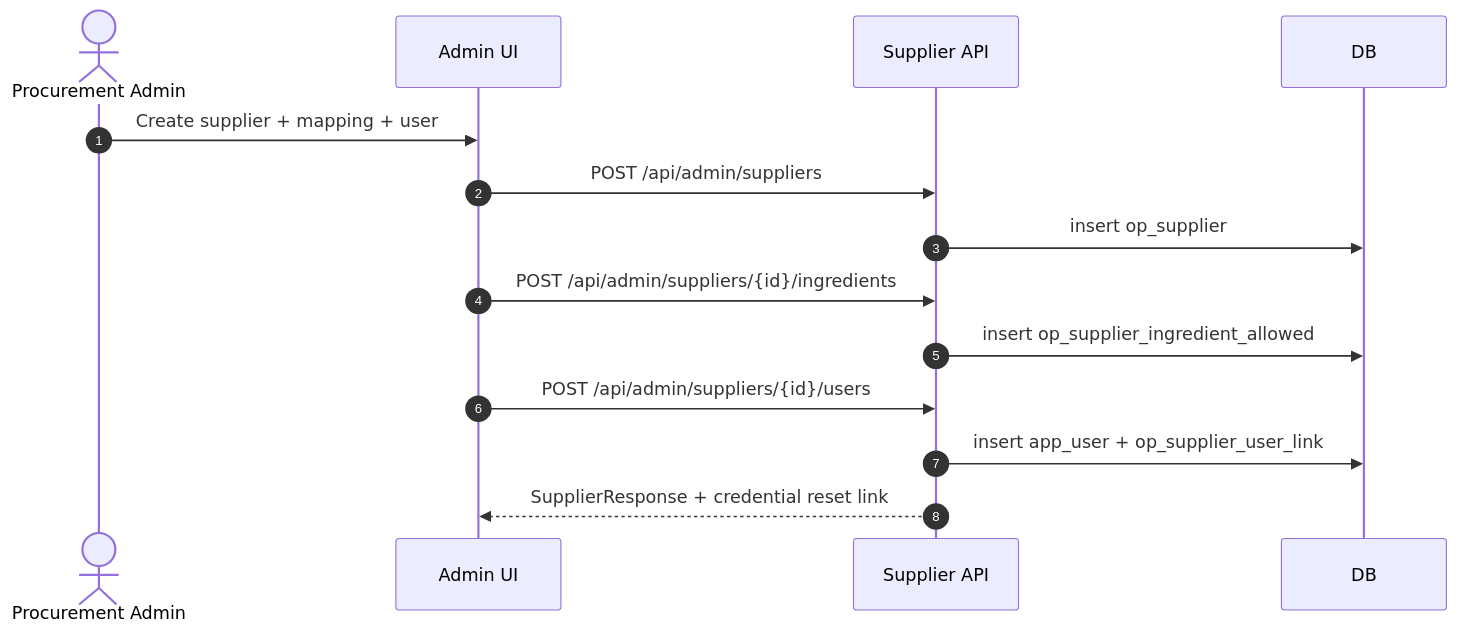
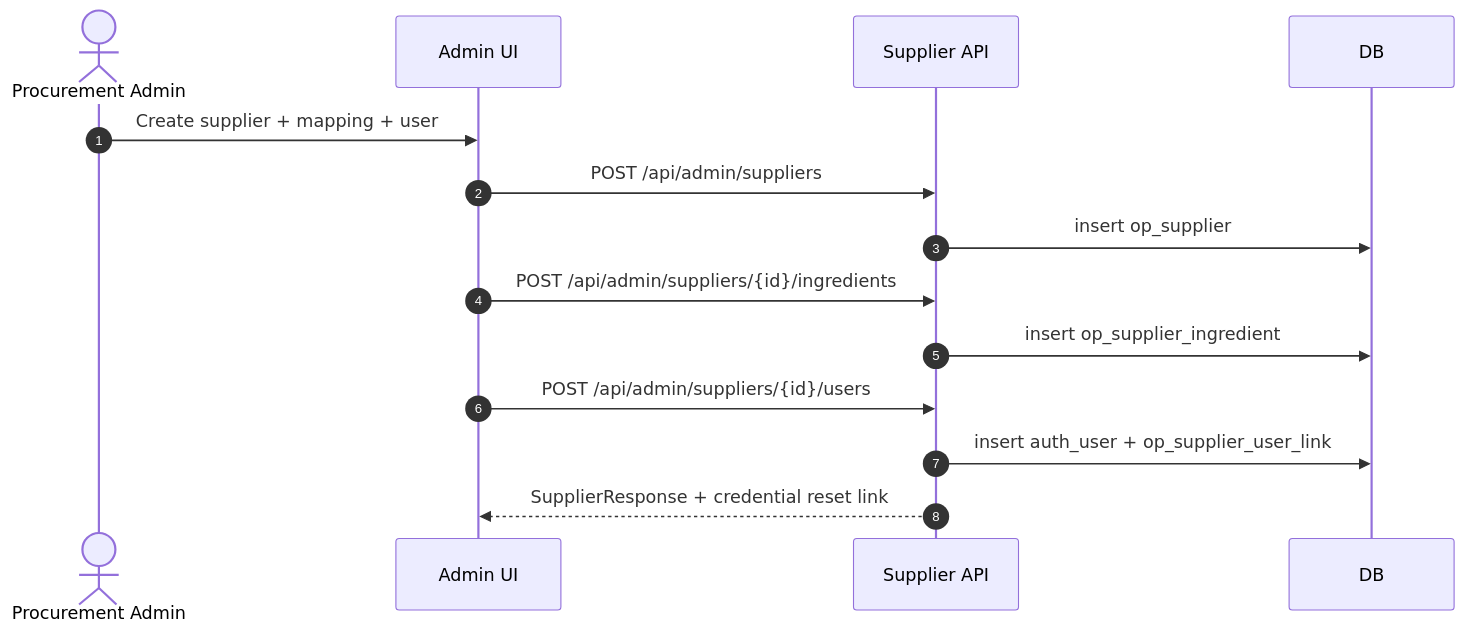
The second of 2 diagrams in docs/software-specs/modules/03A_SUPPLIER_MANAGEMENT.md (ngquoctoan2001/Ginsengfood-Operational-System), drawn with Mermaid before and after one commit. The commit also changed other lines of this file and 125 other files, not shown here.

````diff
--- a/docs/software-specs/modules/03A_SUPPLIER_MANAGEMENT.md
+++ b/docs/software-specs/modules/03A_SUPPLIER_MANAGEMENT.md
@@ -109,16 +109,16 @@
 ```mermaid
 sequenceDiagram
     autonumber
     actor Adm as Procurement Admin
     participant UI as Admin UI
     participant API as Supplier API
     participant DB
     Adm->>UI: Create supplier + mapping + user
     UI->>API: POST /api/admin/suppliers
     API->>DB: insert op_supplier
     UI->>API: POST /api/admin/suppliers/{id}/ingredients
-    API->>DB: insert op_supplier_ingredient_allowed
+    API->>DB: insert op_supplier_ingredient
     UI->>API: POST /api/admin/suppliers/{id}/users
-    API->>DB: insert app_user + op_supplier_user_link
+    API->>DB: insert auth_user + op_supplier_user_link
     API-->>UI: SupplierResponse + credential reset link
 ```
````
